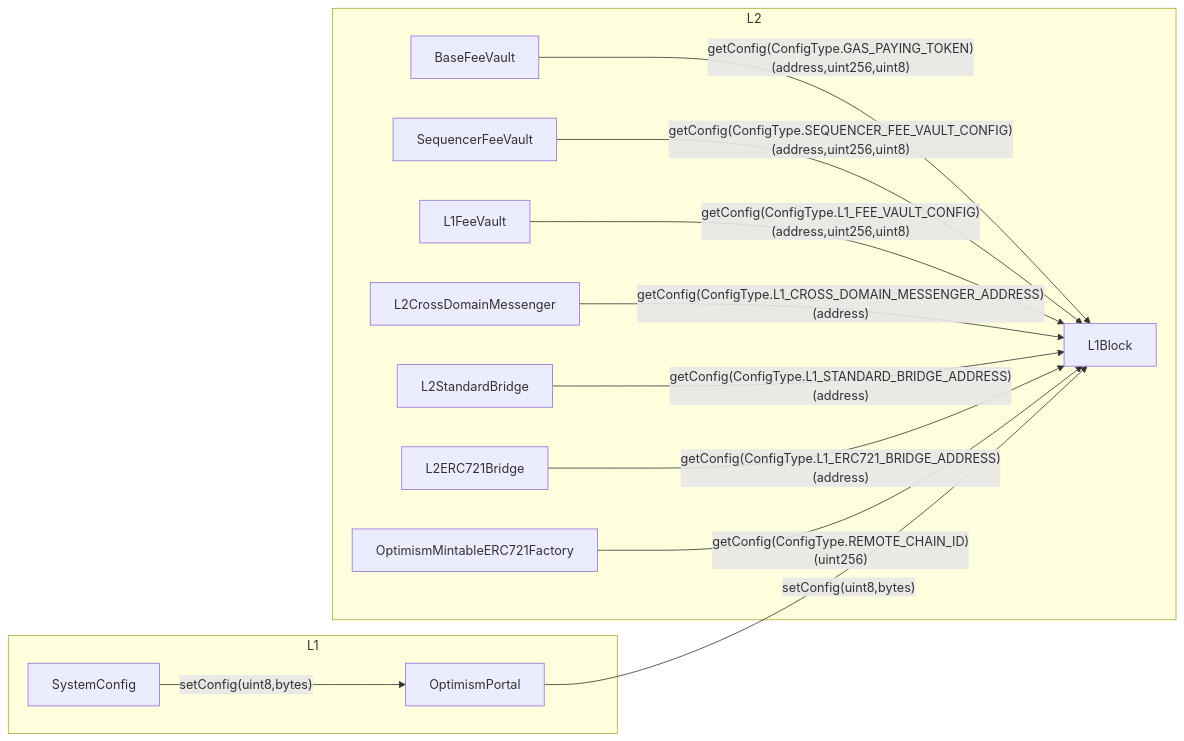
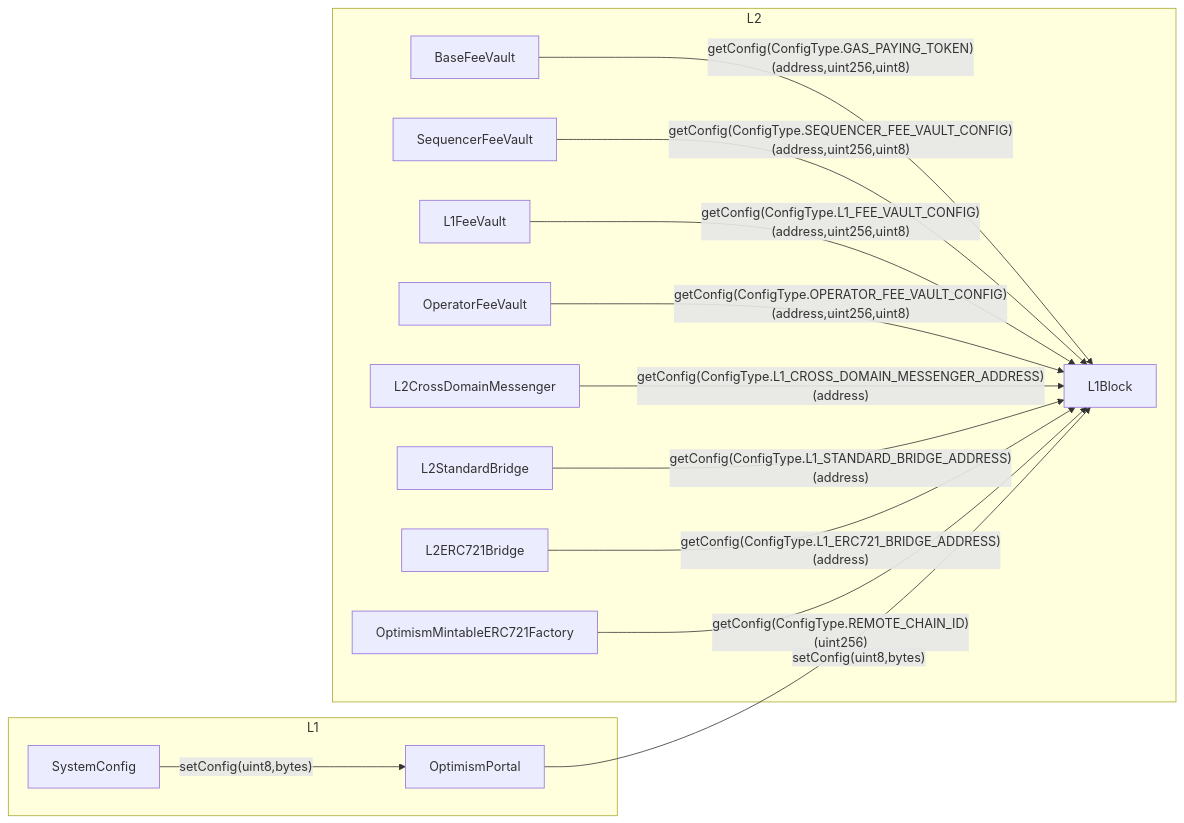
Before and after one commit to ethereum-optimism/specs: the diagram in specs/experimental/standard-l2-genesis.md, drawn with Mermaid. The commit also changed other lines of this file, not shown here.

First line of the commit message:
feat: update specs with operator fee vault (#28)

````diff
--- a/specs/experimental/standard-l2-genesis.md
+++ b/specs/experimental/standard-l2-genesis.md
@@ -265,17 +259,18 @@
 ```mermaid
 graph LR
   subgraph L1
   SystemConfig -- "setConfig(uint8,bytes)" --> OptimismPortal
   end
   subgraph L2
   L1Block
   BaseFeeVault -- "getConfig(ConfigType.GAS_PAYING_TOKEN)(address,uint256,uint8)" --> L1Block
   SequencerFeeVault -- "getConfig(ConfigType.SEQUENCER_FEE_VAULT_CONFIG)(address,uint256,uint8)" --> L1Block
   L1FeeVault -- "getConfig(ConfigType.L1_FEE_VAULT_CONFIG)(address,uint256,uint8)" --> L1Block
+  OperatorFeeVault -- "getConfig(ConfigType.OPERATOR_FEE_VAULT_CONFIG)(address,uint256,uint8)" --> L1Block
   L2CrossDomainMessenger -- "getConfig(ConfigType.L1_CROSS_DOMAIN_MESSENGER_ADDRESS)(address)" --> L1Block
   L2StandardBridge -- "getConfig(ConfigType.L1_STANDARD_BRIDGE_ADDRESS)(address)" --> L1Block
   L2ERC721Bridge -- "getConfig(ConfigType.L1_ERC721_BRIDGE_ADDRESS)(address)" --> L1Block
   OptimismMintableERC721Factory -- "getConfig(ConfigType.REMOTE_CHAIN_ID)(uint256)" --> L1Block
   end
   OptimismPortal -- "setConfig(uint8,bytes)" --> L1Block
 ```
````
